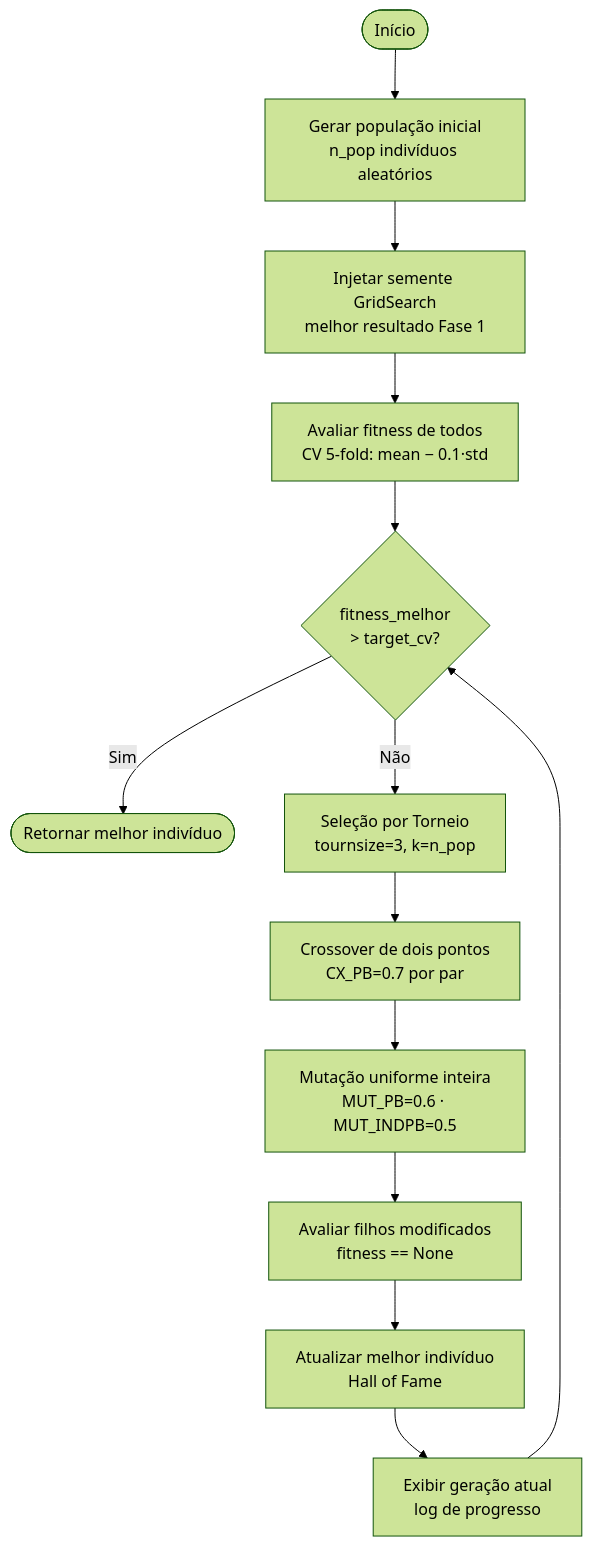
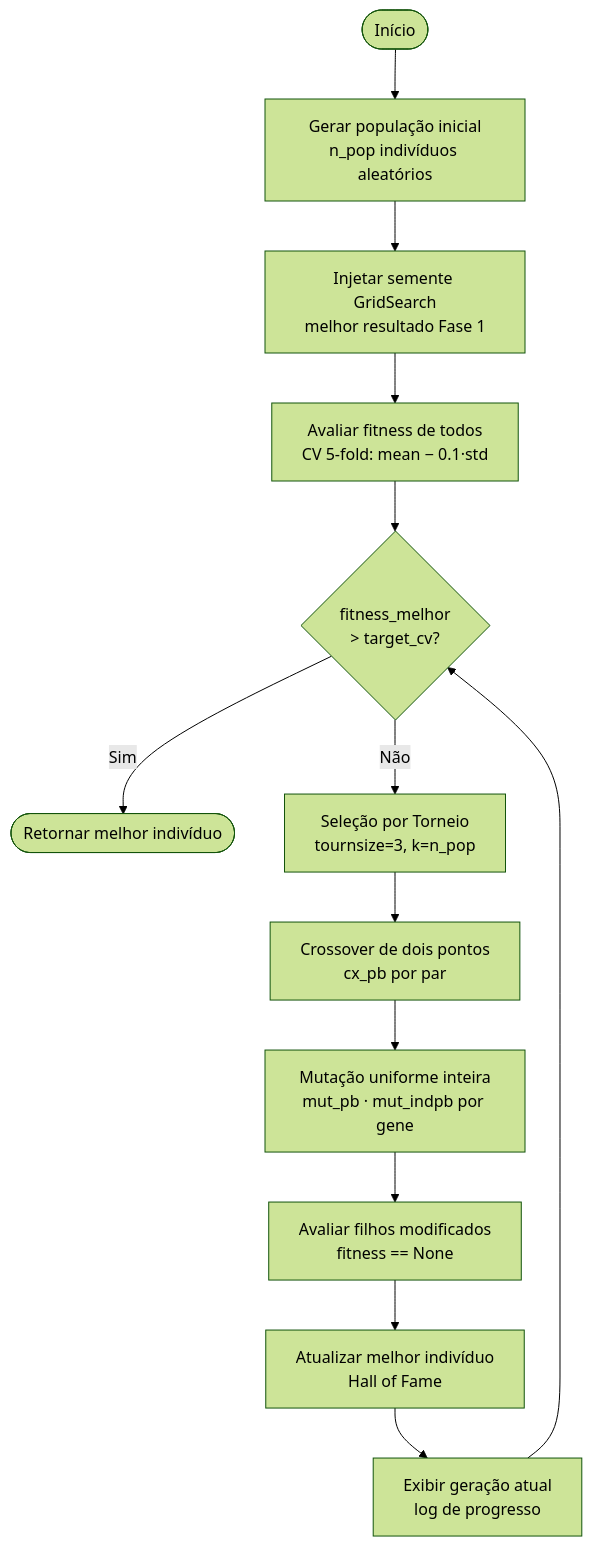
Before and after one commit to rodrigoaraujorosa/fiap-ia-devs-8iadt-fase2-tech-challenge: the diagram in ga_diagram.md, drawn with Mermaid (forest theme). The commit also changed other lines of this file and 4 other files, not shown here.

````diff
--- a/ga_diagram.md
+++ b/ga_diagram.md
@@ -5,17 +5,17 @@
 ```mermaid
 flowchart TD
     A([Início]) --> B[Gerar população inicial<br/>n_pop indivíduos aleatórios]
     B --> C[Injetar semente GridSearch<br/>melhor resultado Fase 1]
     C --> D[Avaliar fitness de todos<br/>CV 5-fold: mean − 0.1·std]
 
     D --> E{fitness_melhor<br/>> target_cv?}
     E -- Sim --> Z([Retornar melhor indivíduo])
 
     E -- Não --> F[Seleção por Torneio<br/>tournsize=3, k=n_pop]
-    F --> G[Crossover de dois pontos<br/>CX_PB=0.7 por par]
-    G --> H[Mutação uniforme inteira<br/>MUT_PB=0.6 · MUT_INDPB=0.5]
+    F --> G[Crossover de dois pontos<br/>cx_pb por par]
+    G --> H[Mutação uniforme inteira<br/>mut_pb · mut_indpb por gene]
     H --> I[Avaliar filhos modificados<br/>fitness == None]
     I --> J[Atualizar melhor indivíduo<br/>Hall of Fame]
     J --> K[Exibir geração atual<br/>log de progresso]
     K --> E
 ```
````
